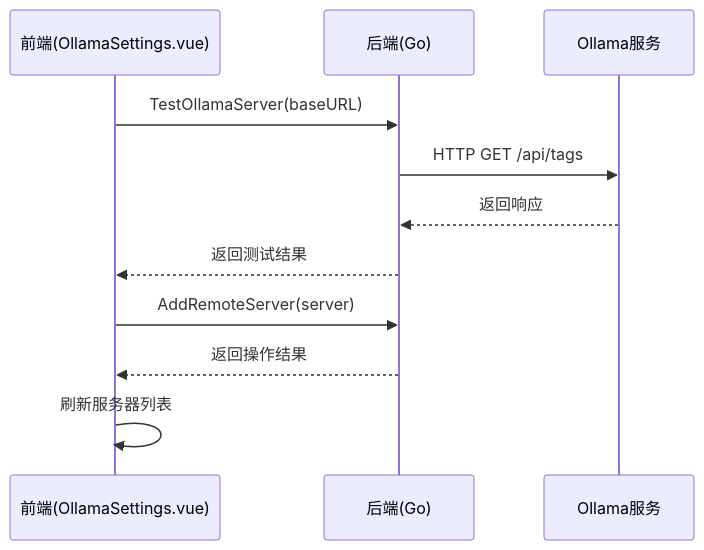
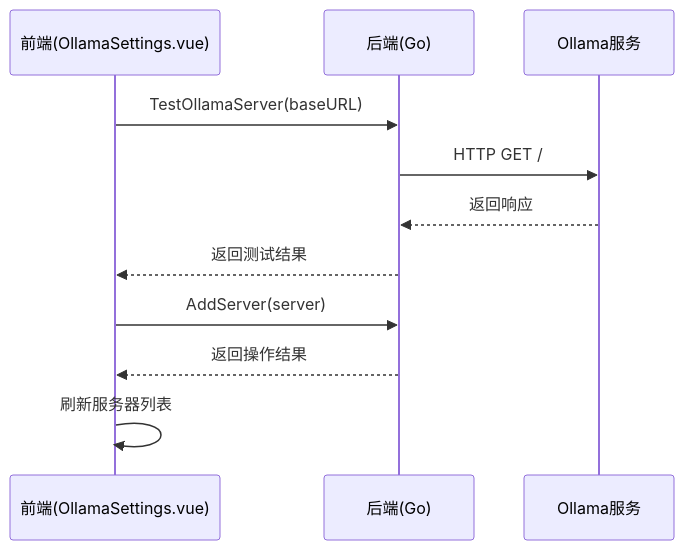
One commit to fzxs8/tools-ollama changed the second of 3 diagrams in docs/设计/ollama_settings/04.API接口.md. Above: the diagram before and after it, drawn with Mermaid. The commit also changed other lines of this file and 8 other files, not shown here.

````diff
--- a/docs/设计/ollama_settings/04.API接口.md
+++ b/docs/设计/ollama_settings/04.API接口.md
@@ -308,16 +113,16 @@
 ```mermaid
 sequenceDiagram
     participant F as 前端(OllamaSettings.vue)
     participant B as 后端(Go)
     participant O as Ollama服务
     
     F->>B: TestOllamaServer(baseURL)
-    B->>O: HTTP GET /api/tags
+    B->>O: HTTP GET /
     O-->>B: 返回响应
     B-->>F: 返回测试结果
     
-    F->>B: AddRemoteServer(server)
+    F->>B: AddServer(server)
     B-->>F: 返回操作结果
     
     F->>F: 刷新服务器列表
 ```
````
